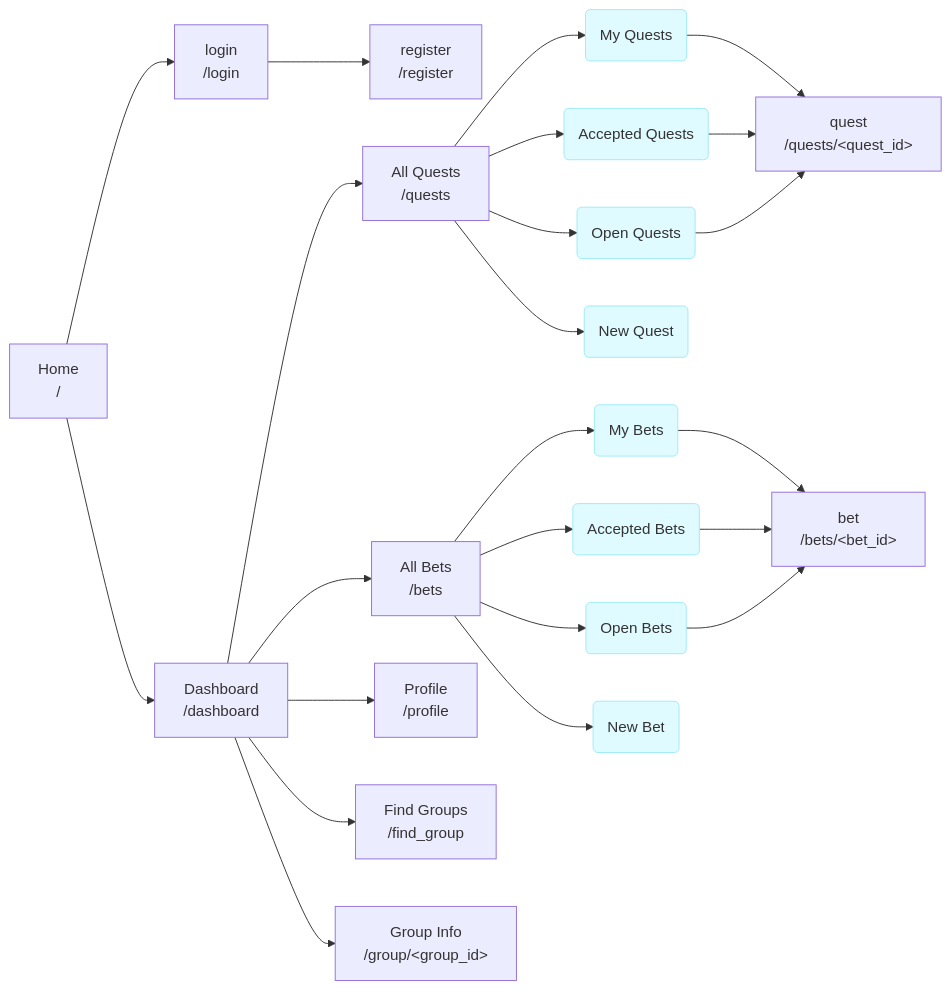
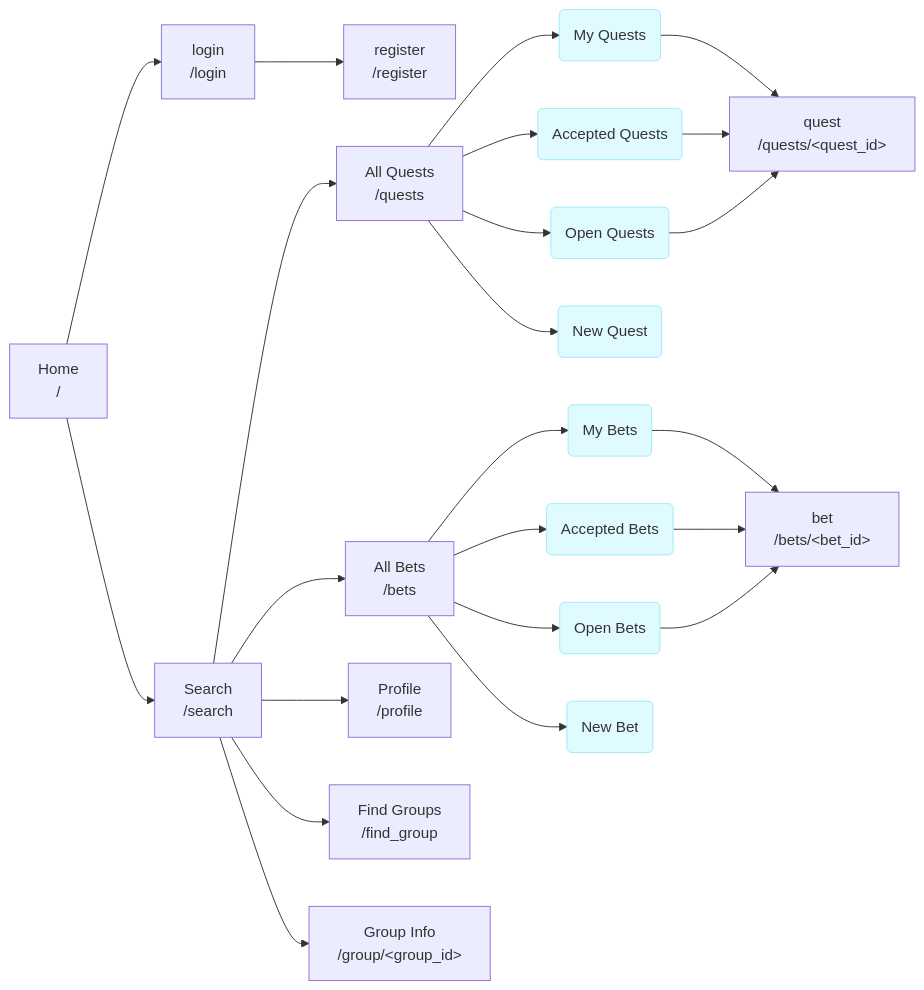
The diagram in docs/site_navigation_map.md (jdolak/sidequest), drawn with Mermaid before and after one commit.

````diff
--- a/docs/site_navigation_map.md
+++ b/docs/site_navigation_map.md
@@ -3,60 +3,60 @@
 ```mermaid
 graph LR;
 
-dash@{ shape: rect	, label: "Dashboard\n /dashboard" }
+dash@{ shape: rect	, label: "Search\n /search" }
 home@{ shape: rect	, label: "Home\n /" }
 q@{ shape: rect	, label: "All Quests\n /quests" }
 b@{ shape: rect	, label: "All Bets\n /bets" }
 login@{ shape: rect	, label: "login\n /login" }
 register@{ shape: rect	, label: "register\n /register" }
 
 mq@{ shape: rounded	, label: "My Quests" }
 aq@{ shape: rounded	, label: "Accepted Quests" }
 oq@{ shape: rounded	, label: "Open Quests" }
 nq@{ shape: rounded	, label: "New Quest" }
 
 mb@{ shape: rounded	, label: "My Bets" }
 ab@{ shape: rounded	, label: "Accepted Bets" }
 ob@{ shape: rounded	, label: "Open Bets" }
 nb@{ shape: rounded	, label: "New Bet" }
 
 
 quest@{ shape: rect	, label: "quest\n/quests/&lt;quest_id&gt;" }
 bet@{ shape: rect	, label: "bet\n/bets/&lt;bet_id&gt;" }
 
 profile@{ shape: rect	, label: "Profile\n /profile" }
 find_group@{ shape: rect	, label: "Find Groups\n/find_group" }
 group@{ shape: rect	, label: "Group Info\n/group/&lt;group_id&gt;" }
 
 home --> login --> register
 home --> dash
 
 dash --> q
 dash --> b
 
 dash --> profile
 dash --> find_group
 dash --> group
 
 q --> mq --> quest
 q --> aq --> quest
 q --> oq --> quest
 q --> nq
 
 b --> mb --> bet
 b --> ab --> bet
 b --> ob --> bet
 b --> nb
 
 classDef react fill:#e0fbff,stroke:#9eeaf7
 
 class mq react;
 class aq react;
 class oq react;
 class nq react;
 
 class mb react;
 class ab react;
 class ob react;
 class nb react;
 ```
````
